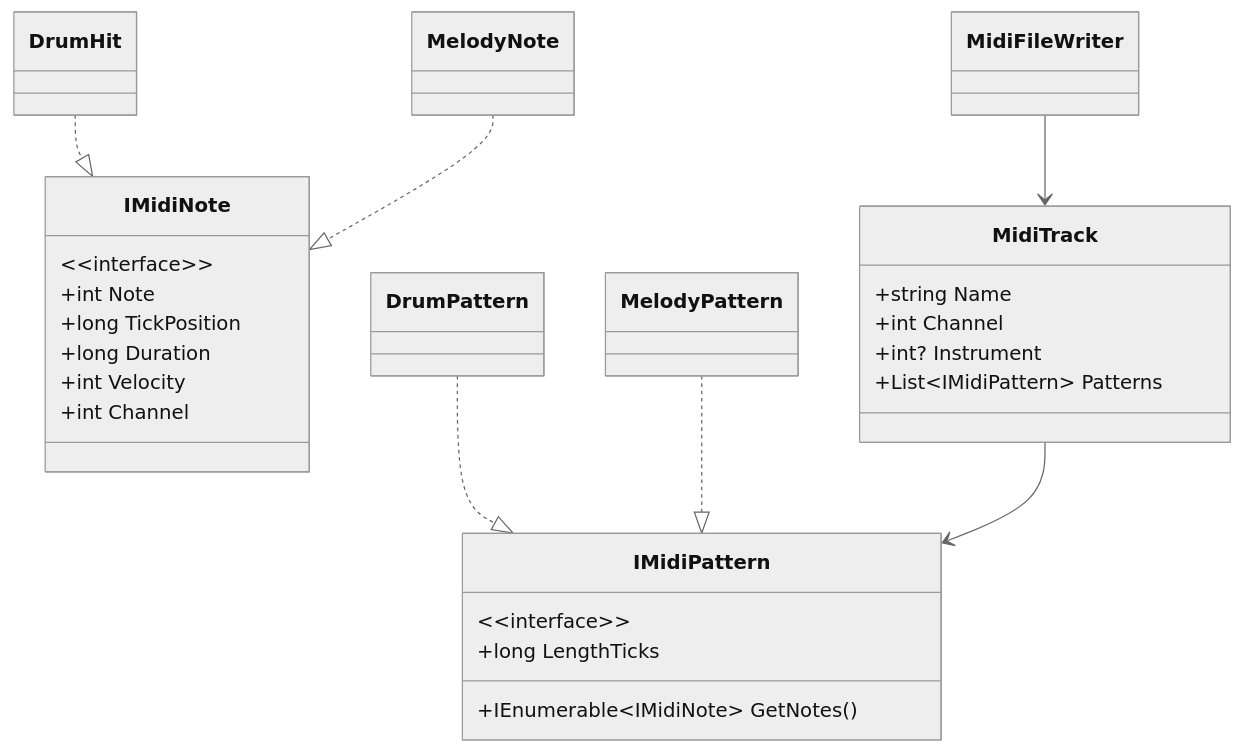
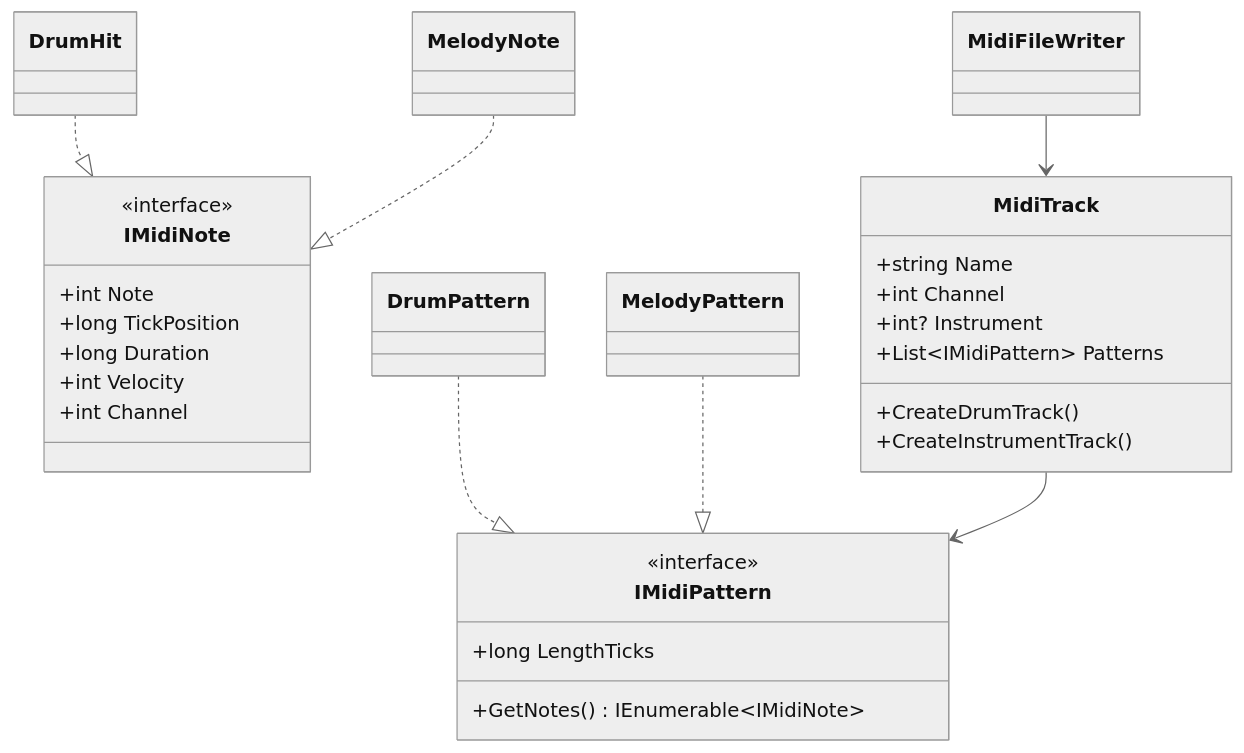
The fourth of 4 diagrams in README.md (rolyhudson/MidiFileWriter), drawn with Mermaid (neutral theme) before and after one commit. The commit also changed other lines of this file, not shown here.

````diff
--- a/README.md
+++ b/README.md
@@ -277,32 +278,34 @@
 ```mermaid
 classDiagram
     class IMidiNote {
-        &lt;&lt;interface&gt;&gt;
+        <<interface>>
         +int Note
         +long TickPosition
         +long Duration
         +int Velocity
         +int Channel
     }
     
     class IMidiPattern {
-        &lt;&lt;interface&gt;&gt;
+        <<interface>>
         +long LengthTicks
-        +IEnumerable~IMidiNote~ GetNotes()
+        +GetNotes() IEnumerable~IMidiNote~
     }
     
     class MidiTrack {
         +string Name
         +int Channel
         +int? Instrument
         +List~IMidiPattern~ Patterns
+        +CreateDrumTrack()
+        +CreateInstrumentTrack()
     }
     
     DrumHit ..|> IMidiNote
     MelodyNote ..|> IMidiNote
     DrumPattern ..|> IMidiPattern
     MelodyPattern ..|> IMidiPattern
     
     MidiFileWriter --> MidiTrack
     MidiTrack --> IMidiPattern
 ```
````
